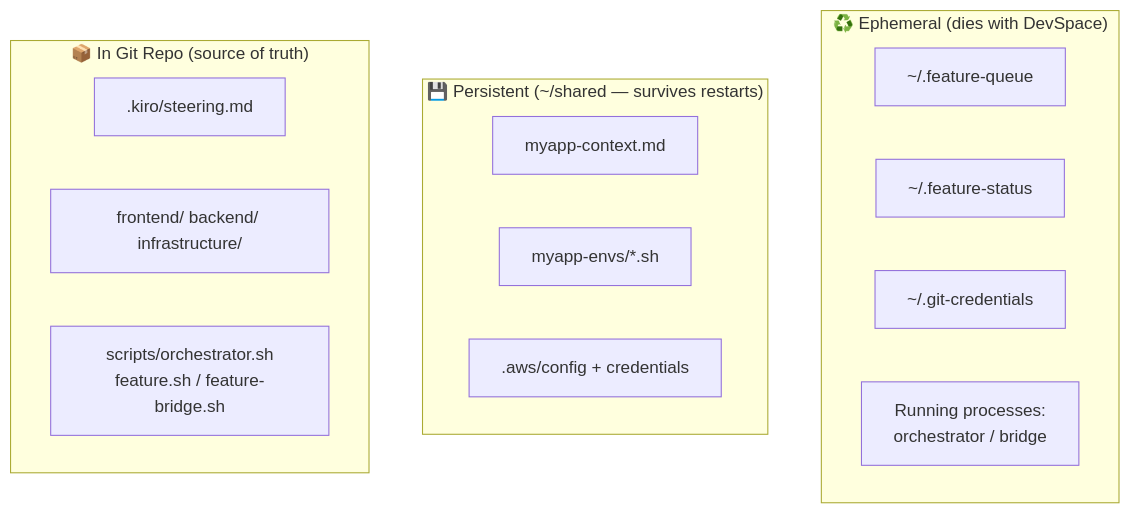
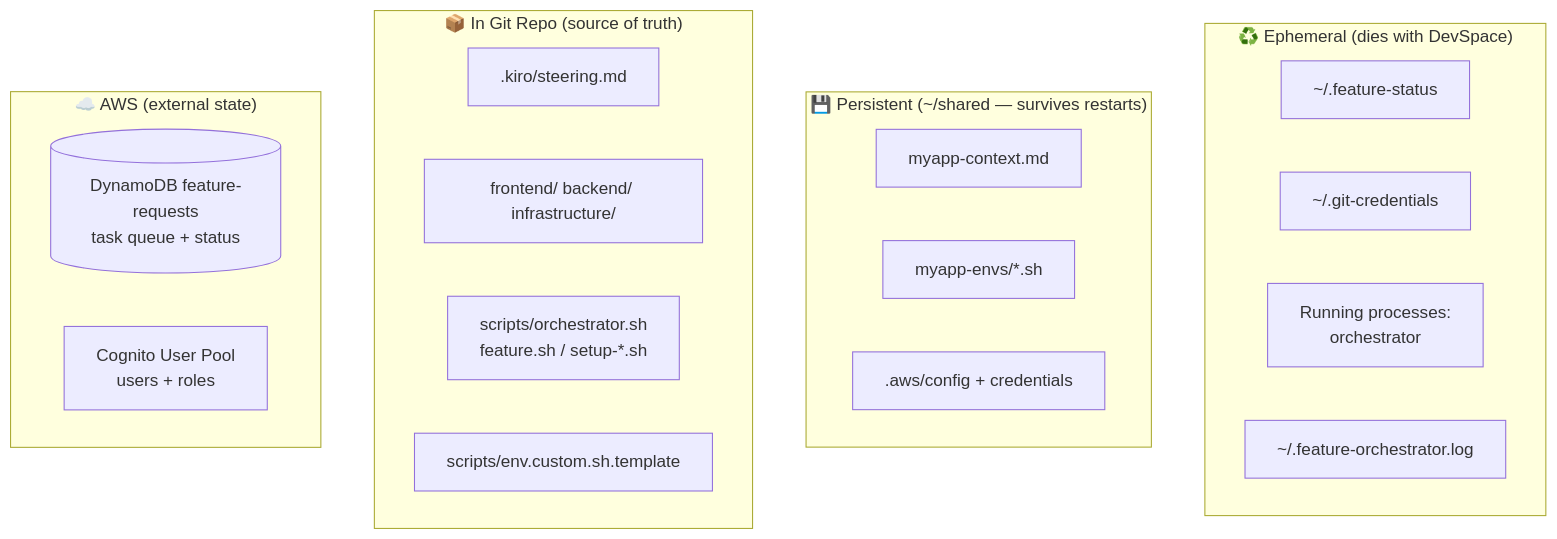
Before and after one commit to binhtq80/home-secure-app: the third of 5 diagrams in docs/architecture-diagram.md, drawn with Mermaid. The commit also changed other lines of this file and 3 other files, not shown here.

First line of the commit message:
docs: fix stale references, add context template, update diagrams

````diff
--- a/docs/architecture-diagram.md
+++ b/docs/architecture-diagram.md
@@ -69,21 +61,27 @@
 ```mermaid
 flowchart TB
     subgraph Ephemeral["♻️ Ephemeral (dies with DevSpace)"]
-        Q[~/.feature-queue]
         St[~/.feature-status]
         Git[~/.git-credentials]
-        Proc[Running processes:<br/>orchestrator / bridge]
+        Proc[Running processes:<br/>orchestrator]
+        Logs[~/.feature-orchestrator.log]
     end
 
     subgraph Shared["💾 Persistent (~/shared — survives restarts)"]
         Ctx[myapp-context.md]
         Env[myapp-envs/*.sh]
         Creds[.aws/config + credentials]
     end
 
     subgraph Repo["📦 In Git Repo (source of truth)"]
         Steer[.kiro/steering.md]
         Code[frontend/ backend/ infrastructure/]
-        Scripts[scripts/orchestrator.sh<br/>feature.sh / feature-bridge.sh]
+        Scripts[scripts/orchestrator.sh<br/>feature.sh / setup-*.sh]
+        Templates[scripts/env.custom.sh.template]
+    end
+
+    subgraph AWS["☁️ AWS (external state)"]
+        DDB[(DynamoDB feature-requests<br/>task queue + status)]
+        Cognito[Cognito User Pool<br/>users + roles]
     end
 ```
````
